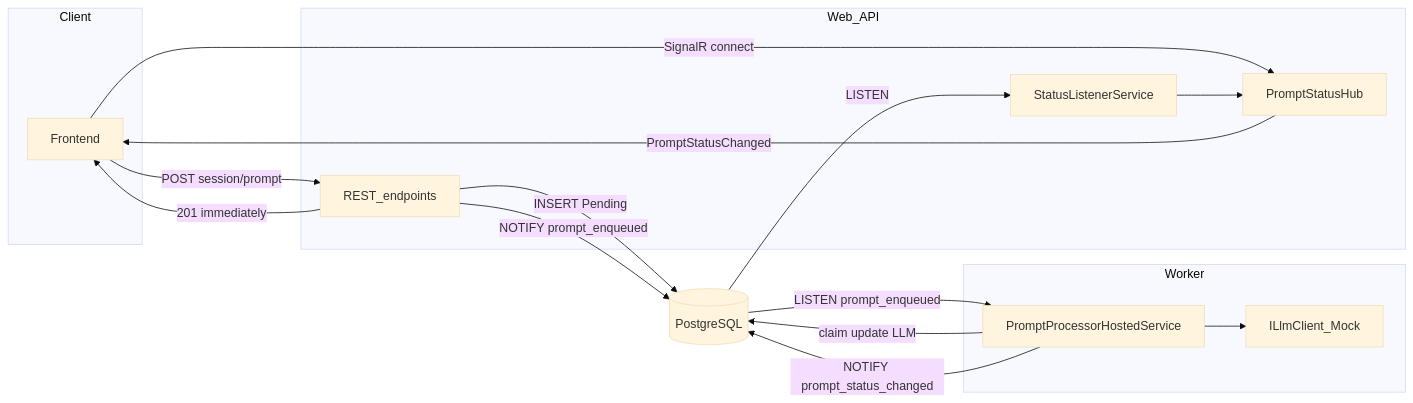
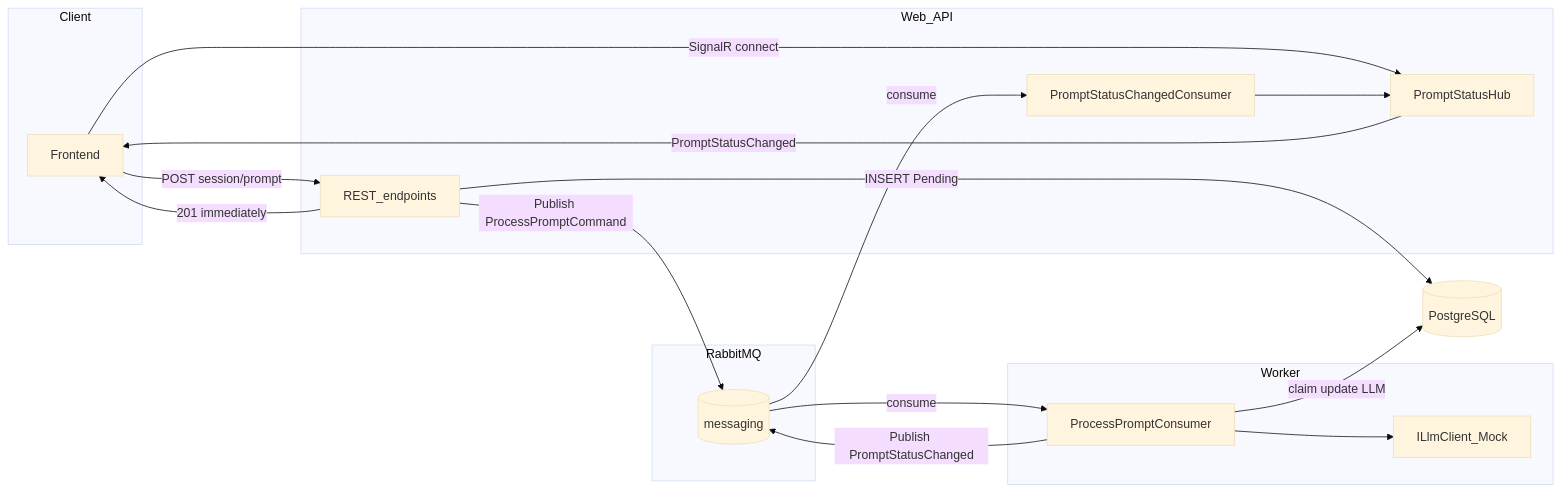
The first of 2 diagrams in docs/07-api-worker-integration.md (piotrokrutniak/promptify), drawn with Mermaid (base theme) before and after one commit. The commit also changed other lines of this file and 20 other files, not shown here.

````diff
--- a/docs/07-api-worker-integration.md
+++ b/docs/07-api-worker-integration.md
@@ -16,30 +16,33 @@
 ```mermaid
 flowchart LR
     subgraph clientLayer [Client]
         FE[Frontend]
     end
     subgraph webProcess [Web_API]
         API[REST_endpoints]
         Hub[PromptStatusHub]
-        Listener[StatusListenerService]
+        StatusConsumer[PromptStatusChangedConsumer]
+    end
+    subgraph mqLayer [RabbitMQ]
+        MQ[(messaging)]
     end
     subgraph workerProcess [Worker]
-        Processor[PromptProcessorHostedService]
+        Processor[ProcessPromptConsumer]
         LLM[ILlmClient_Mock]
     end
     DB[(PostgreSQL)]
 
     FE -->|POST session/prompt| API
     API -->|INSERT Pending| DB
-    API -->|NOTIFY prompt_enqueued| DB
+    API -->|Publish ProcessPromptCommand| MQ
     API -->|201 immediately| FE
     FE -->|SignalR connect| Hub
 
-    DB -->|LISTEN prompt_enqueued| Processor
+    MQ -->|consume| Processor
     Processor -->|claim update LLM| DB
     Processor --> LLM
-    Processor -->|NOTIFY prompt_status_changed| DB
-    DB -->|LISTEN| Listener
-    Listener --> Hub
+    Processor -->|Publish PromptStatusChanged| MQ
+    MQ -->|consume| StatusConsumer
+    StatusConsumer --> Hub
     Hub -->|PromptStatusChanged| FE
 ```
````
